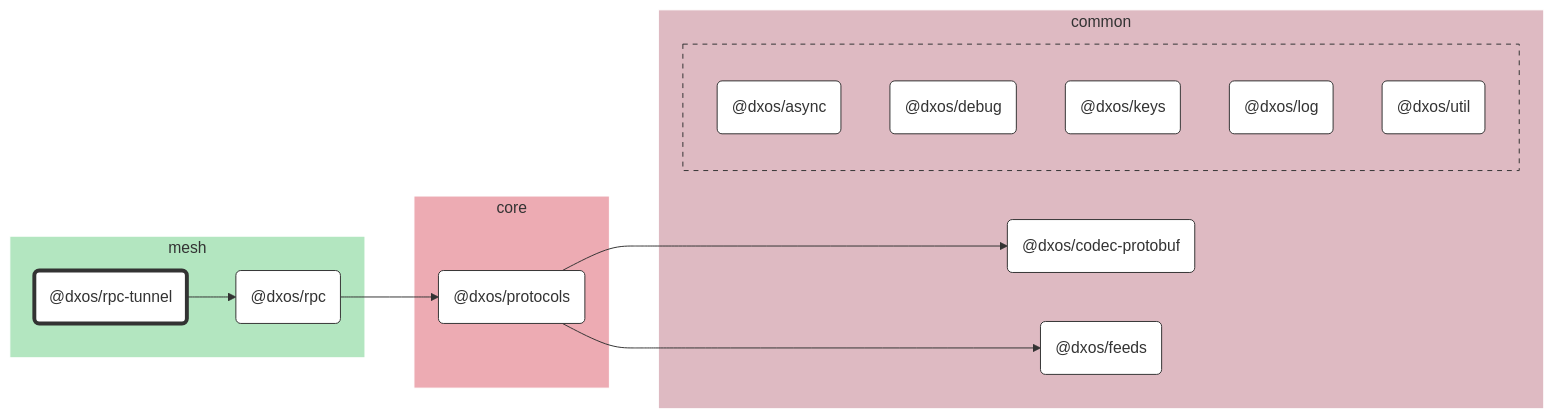
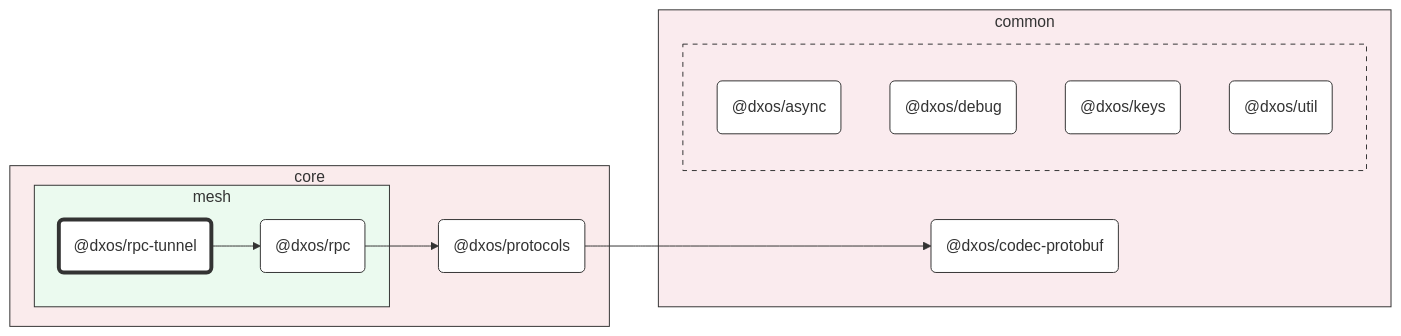
Before and after one commit to dxos/dxos: the diagram in packages/core/mesh/rpc-tunnel/docs/README.md, drawn with Mermaid. The commit also changed other lines of this file and 93 other files, not shown here.

First line of the commit message:
chore: hierarchical graphs. (#1583)

````diff
--- a/packages/core/mesh/rpc-tunnel/docs/README.md
+++ b/packages/core/mesh/rpc-tunnel/docs/README.md
@@ -7,54 +7,49 @@
 ```mermaid
 %%{ init: {'flowchart':{'curve':'basis'}} }%%
 
 flowchart LR
 
 %% Classes
 classDef def fill:#fff,stroke:#333,stroke-width:1px
 classDef root fill:#fff,stroke:#333,stroke-width:4px
 
 %% Nodes
 
-subgraph mesh [mesh]
-  style mesh fill:#b3e6c0,stroke:#fff
-  dxos/rpc-tunnel("@dxos/rpc-tunnel"):::root
-  click dxos/rpc-tunnel "dxos/dxos/tree/main/packages/core/mesh/rpc-tunnel/docs"
-  dxos/rpc("@dxos/rpc"):::def
-  click dxos/rpc "dxos/dxos/tree/main/packages/core/mesh/rpc/docs"
+subgraph core [core]
+  style core fill:#faebec,stroke:#333
+  dxos/protocols("@dxos/protocols"):::def
+  click dxos/protocols "dxos/dxos/tree/main/packages/core/protocols/docs"
+
+  subgraph mesh [mesh]
+    style mesh fill:#ebfaef,stroke:#333
+    dxos/rpc-tunnel("@dxos/rpc-tunnel"):::root
+    click dxos/rpc-tunnel "dxos/dxos/tree/main/packages/core/mesh/rpc-tunnel/docs"
+    dxos/rpc("@dxos/rpc"):::def
+    click dxos/rpc "dxos/dxos/tree/main/packages/core/mesh/rpc/docs"
+  end
 end
 
 subgraph common [common]
-  style common fill:#debac2,stroke:#fff
+  style common fill:#faebee,stroke:#333
   dxos/codec-protobuf("@dxos/codec-protobuf"):::def
   click dxos/codec-protobuf "dxos/dxos/tree/main/packages/common/codec-protobuf/docs"
-  dxos/feeds("@dxos/feeds"):::def
-  click dxos/feeds "dxos/dxos/tree/main/packages/common/feeds/docs"
 
-  subgraph common-excluded [ ]
-    style common-excluded fill:#debac2,stroke:#333,stroke-dasharray:5 5
+  subgraph _ [ ]
+    style _ fill:#faebee,stroke:#333,stroke-dasharray:5 5
     dxos/async("@dxos/async"):::def
     click dxos/async "dxos/dxos/tree/main/packages/common/async/docs"
     dxos/debug("@dxos/debug"):::def
     click dxos/debug "dxos/dxos/tree/main/packages/common/debug/docs"
     dxos/keys("@dxos/keys"):::def
     click dxos/keys "dxos/dxos/tree/main/packages/common/keys/docs"
-    dxos/log("@dxos/log"):::def
-    click dxos/log "dxos/dxos/tree/main/packages/common/log/docs"
     dxos/util("@dxos/util"):::def
     click dxos/util "dxos/dxos/tree/main/packages/common/util/docs"
   end
-end
-
-subgraph core [core]
-  style core fill:#edabb3,stroke:#fff
-  dxos/protocols("@dxos/protocols"):::def
-  click dxos/protocols "dxos/dxos/tree/main/packages/core/protocols/docs"
 end
 
 %% Links
 linkStyle default stroke:#333,stroke-width:1px
 dxos/rpc-tunnel --> dxos/rpc
 dxos/rpc --> dxos/protocols
 dxos/protocols --> dxos/codec-protobuf
-dxos/protocols --> dxos/feeds
 ```
````
